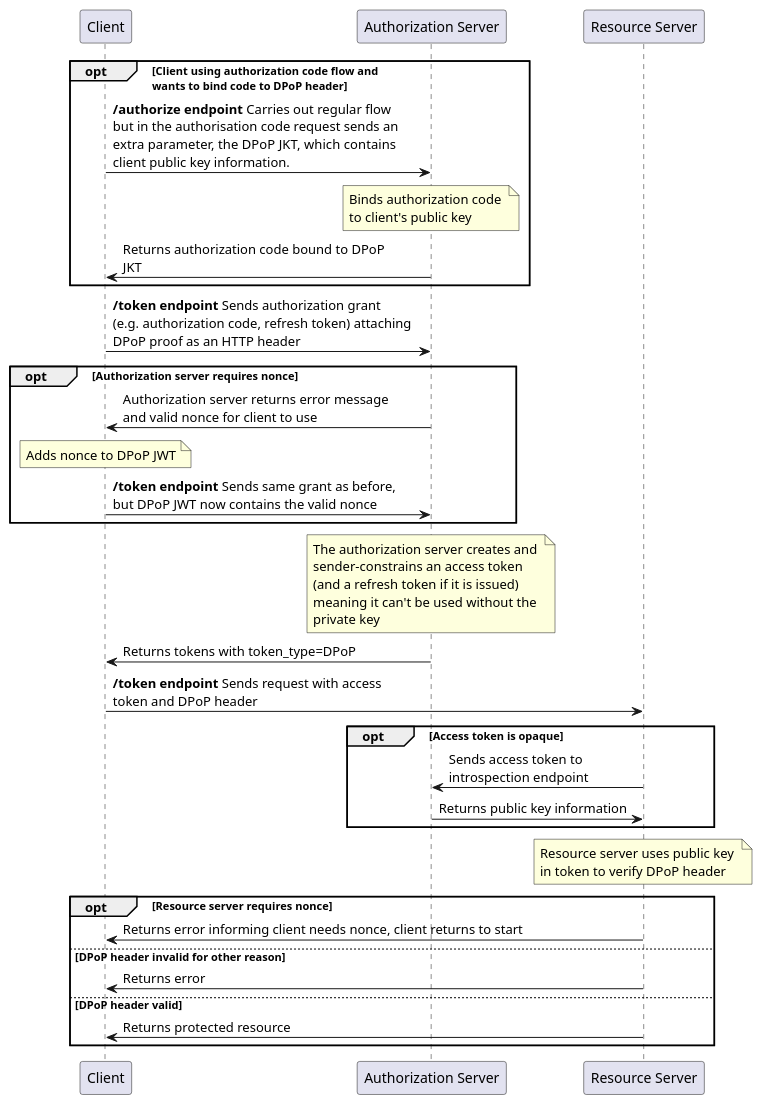
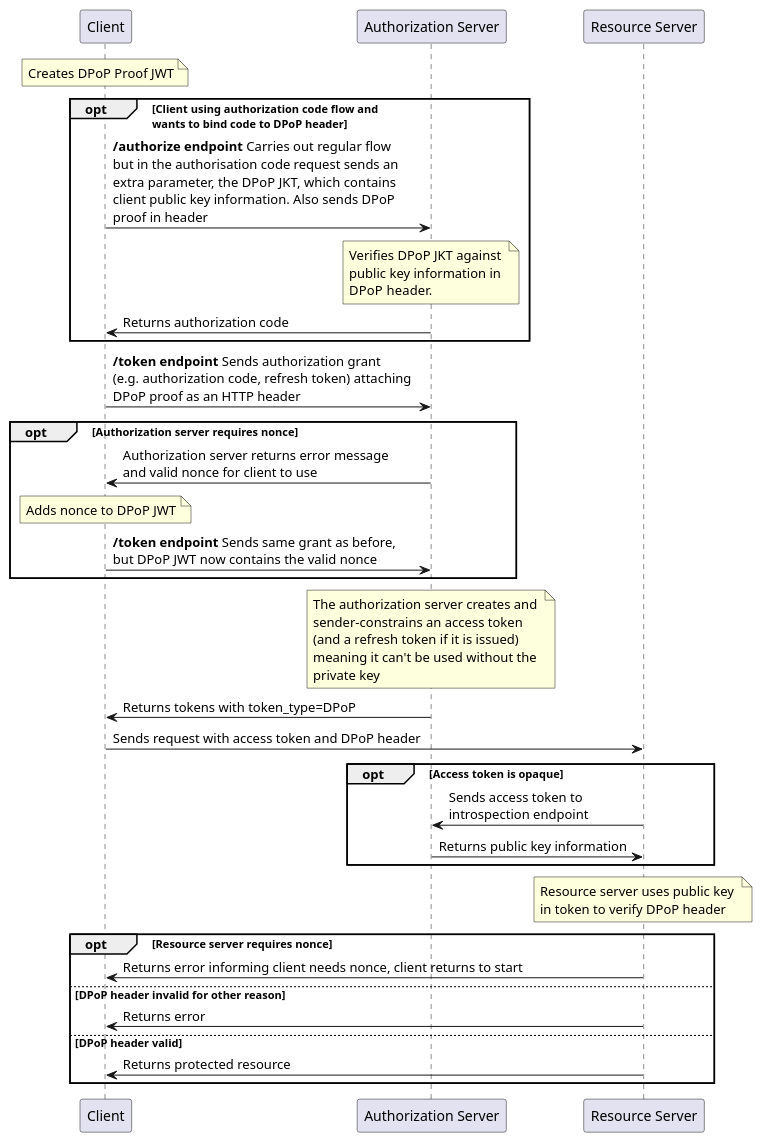
One commit to JamesCollerton/PlantUML-Diagrams changed the diagram in OAuth2/DPoP/dpop-overview.puml. Above: the diagram before and after it, drawn with PlantUML.

Commit message:
Finish DPoP diagram

```diff
--- a/OAuth2/DPoP/dpop-overview.puml
+++ b/OAuth2/DPoP/dpop-overview.puml
@@ -1,36 +1,38 @@
 @startuml
 
 participant "Client" as client
 participant "Authorization Server" as authorization_server
 participant "Resource Server" as resource_server
 
+note over client: Creates DPoP Proof JWT
+
 opt Client using authorization code flow and \nwants to bind code to DPoP header
-    client -> authorization_server: **/authorize endpoint** Carries out regular flow \nbut in the authorisation code request sends an \nextra parameter, the DPoP JKT, which contains \nclient public key information.
-    note over authorization_server: Binds authorization code \nto client's public key
-    authorization_server -> client: Returns authorization code bound to DPoP \nJKT
+    client -> authorization_server: **/authorize endpoint** Carries out regular flow \nbut in the authorisation code request sends an \nextra parameter, the DPoP JKT, which contains \nclient public key information. Also sends DPoP \nproof in header
+    note over authorization_server: Verifies DPoP JKT against \npublic key information in \nDPoP header.
+    authorization_server -> client: Returns authorization code
 end
 client -> authorization_server: **/token endpoint** Sends authorization grant \n(e.g. authorization code, refresh token) attaching \nDPoP proof as an HTTP header
 opt Authorization server requires nonce
     authorization_server -> client: Authorization server returns error message \nand valid nonce for client to use
     note over client: Adds nonce to DPoP JWT
     client -> authorization_server: **/token endpoint** Sends same grant as before, \nbut DPoP JWT now contains the valid nonce
 end
 note over authorization_server: The authorization server creates and \nsender-constrains an access token \n(and a refresh token if it is issued) \nmeaning it can't be used without the \nprivate key
 authorization_server -> client: Returns tokens with token_type=DPoP
-client -> resource_server: **/token endpoint** Sends request with access \ntoken and DPoP header
+client -> resource_server: Sends request with access token and DPoP header
 opt Access token is opaque
     resource_server -> authorization_server: Sends access token to \nintrospection endpoint
     authorization_server -> resource_server: Returns public key information
 end
 
 note over resource_server: Resource server uses public key \nin token to verify DPoP header
 
 opt Resource server requires nonce
     resource_server -> client: Returns error informing client needs nonce, client returns to start
 else DPoP header invalid for other reason
     resource_server -> client: Returns error 
 else DPoP header valid
     resource_server -> client: Returns protected resource
 end
 
 @enduml
```
